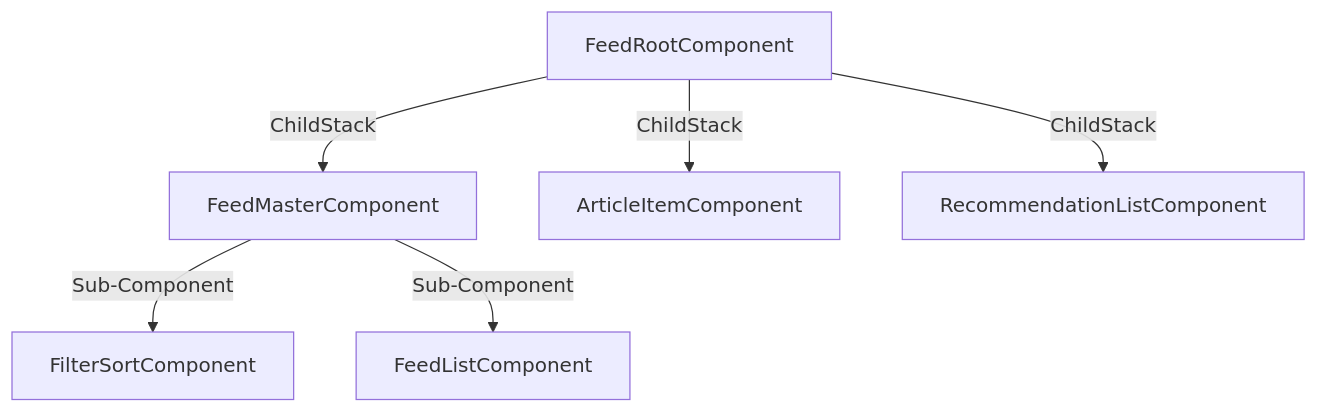
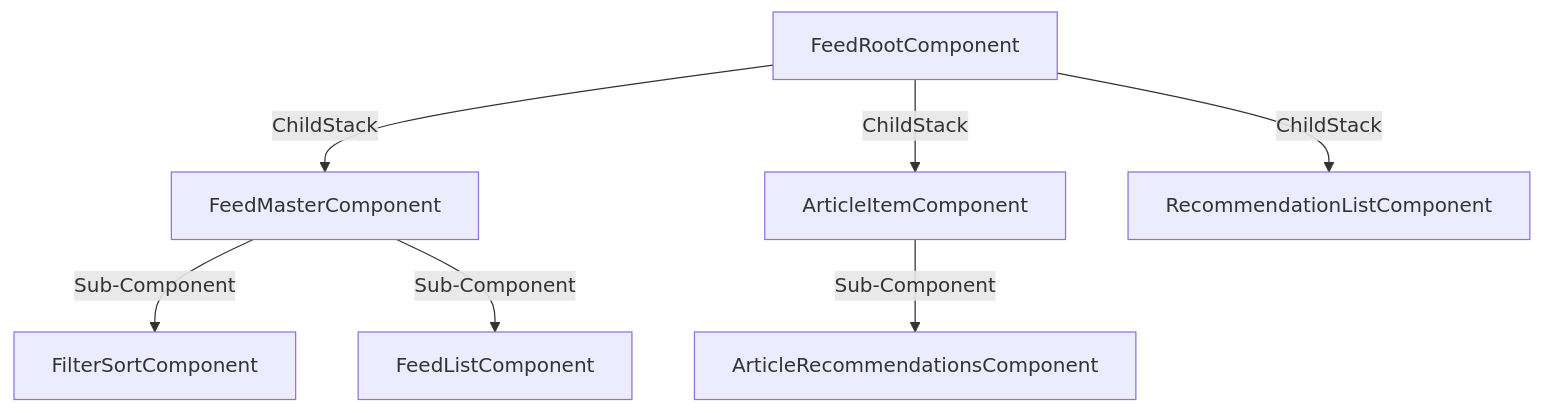
The second of 2 diagrams in docs/architecture.md (nikkiw/smart-feed), drawn with Mermaid before and after one commit. The commit also changed other lines of this file and 22 other files, not shown here.

````diff
--- a/docs/architecture.md
+++ b/docs/architecture.md
@@ -77,9 +127,11 @@
 ```mermaid
 graph TD
     Root[FeedRootComponent] -->|ChildStack| Master[FeedMasterComponent]
     Root -->|ChildStack| Details[ArticleItemComponent]
     Root -->|ChildStack| Recommendation[RecommendationListComponent]
-    
+
     Master -->|Sub-Component| FilterSort[FilterSortComponent]
     Master -->|Sub-Component| List[FeedListComponent]
+    
+    Details -->|Sub-Component| ArticleRec[ArticleRecommendationsComponent]
 ```
````
